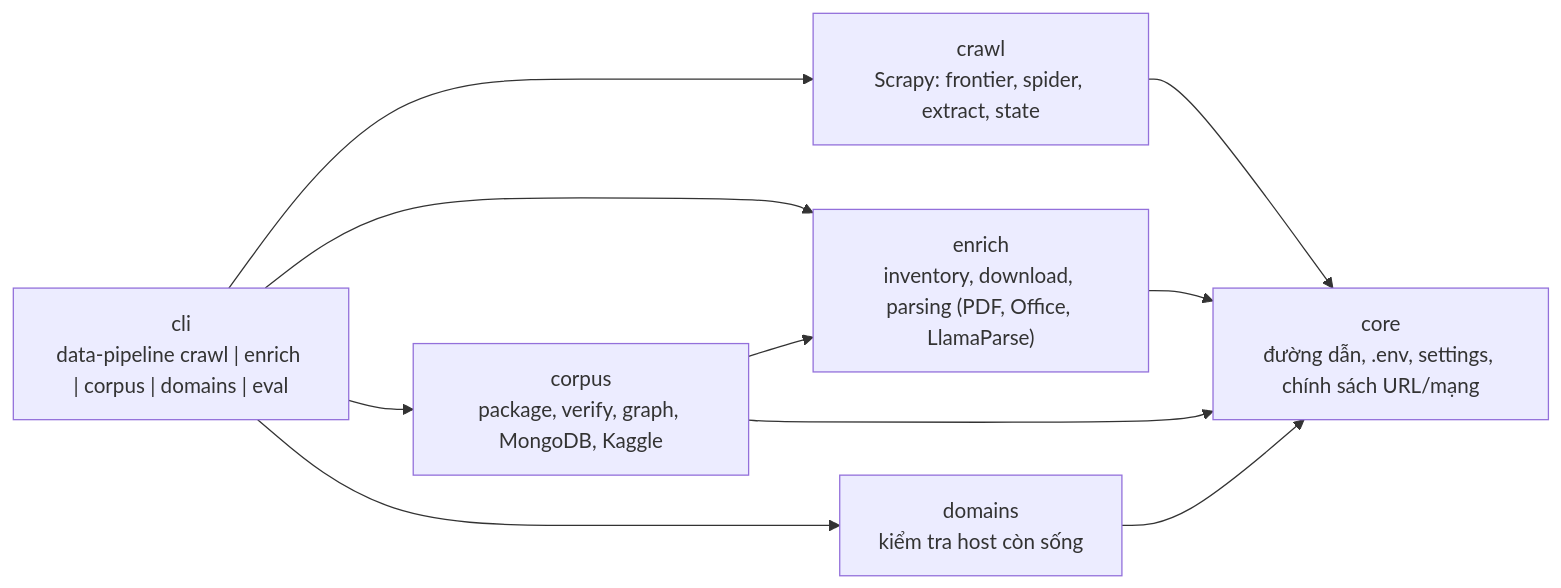
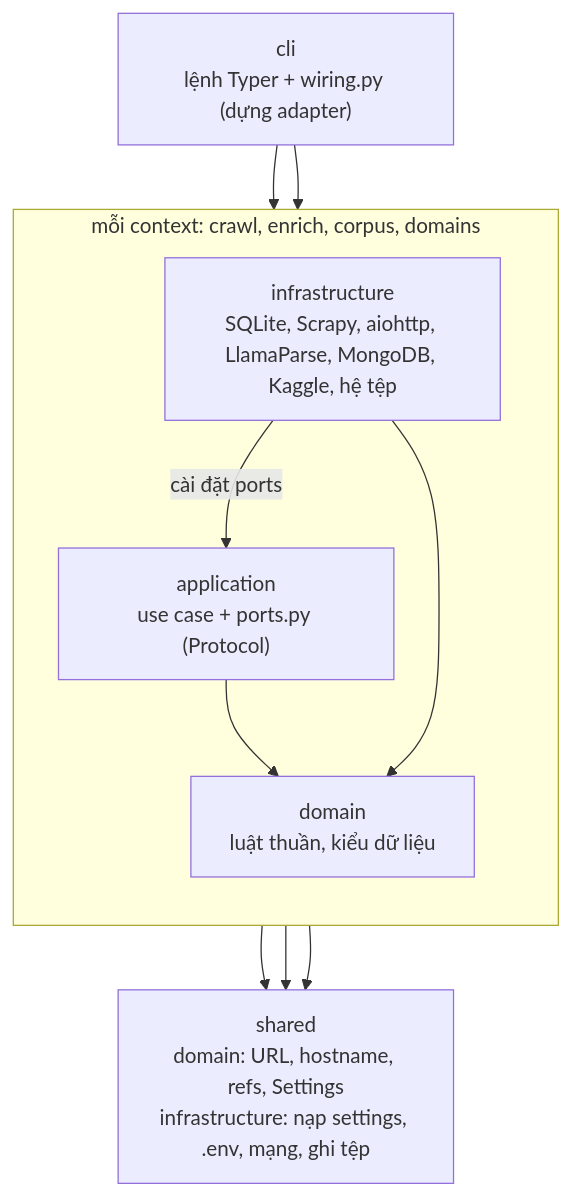
The first of 7 diagrams in data_pipeline/docs/architecture.md (doanan293/WebCorpusPipeline), drawn with Mermaid before and after one commit. The commit also changed other lines of this file and 4 other files, not shown here.

Commit message:
docs: describe the clean-architecture package layout

````diff
--- a/data_pipeline/docs/architecture.md
+++ b/data_pipeline/docs/architecture.md
@@ -8,19 +9,20 @@
 ```mermaid
-flowchart LR
-    CLI["cli<br/>data-pipeline crawl | enrich | corpus | domains | eval"]
-    CRAWL["crawl<br/>Scrapy: frontier, spider, extract, state"]
-    ENRICH["enrich<br/>inventory, download, parsing (PDF, Office, LlamaParse)"]
-    CORPUS["corpus<br/>package, verify, graph, MongoDB, Kaggle"]
-    DOMAINS["domains<br/>kiểm tra host còn sống"]
-    CORE["core<br/>đường dẫn, .env, settings, chính sách URL/mạng"]
+flowchart TB
+    CLI["cli<br/>lệnh Typer + wiring.py (dựng adapter)"]
+    subgraph CTX["mỗi context: crawl, enrich, corpus, domains"]
+        direction TB
+        INFRA["infrastructure<br/>SQLite, Scrapy, aiohttp, LlamaParse, MongoDB, Kaggle, hệ tệp"]
+        APP["application<br/>use case + ports.py (Protocol)"]
+        DOM["domain<br/>luật thuần, kiểu dữ liệu"]
+    end
+    SHARED["shared<br/>domain: URL, hostname, refs, Settings<br/>infrastructure: nạp settings, .env, mạng, ghi tệp"]
 
-    CLI --> CRAWL
-    CLI --> ENRICH
-    CLI --> CORPUS
-    CLI --> DOMAINS
-    CORPUS --> ENRICH
-    CRAWL --> CORE
-    ENRICH --> CORE
-    CORPUS --> CORE
-    DOMAINS --> CORE
+    CLI --> INFRA
+    CLI --> APP
+    INFRA -->|"cài đặt ports"| APP
+    APP --> DOM
+    INFRA --> DOM
+    DOM --> SHARED
+    APP --> SHARED
+    INFRA --> SHARED
 ```
````
